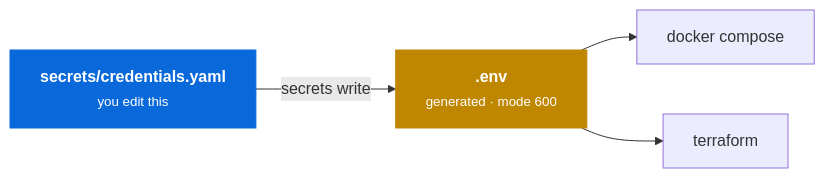
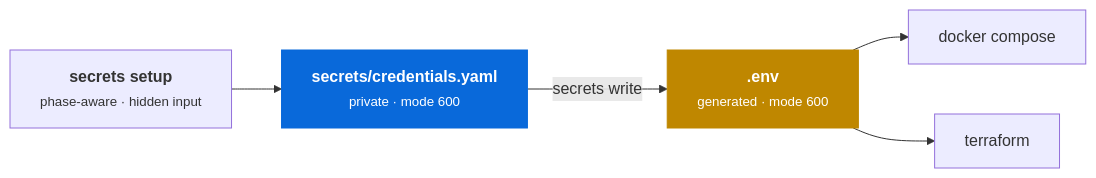
The diagram in docs/credentials.md (litkhai/llmops-in-a-box), drawn with Mermaid before and after one commit. The commit also changed other lines of this file and 7 other files, not shown here.

Commit message:
Add phase-aware secret setup

````diff
--- a/docs/credentials.md
+++ b/docs/credentials.md
@@ -5,16 +5,18 @@
 ```mermaid
 flowchart LR
-    C["<b>secrets/credentials.yaml</b><br/><small>you edit this</small>"]
+    W["<b>secrets setup</b><br/><small>phase-aware · hidden input</small>"]
+    C["<b>secrets/credentials.yaml</b><br/><small>private · mode 600</small>"]
     E["<b>.env</b><br/><small>generated · mode 600</small>"]
     D["docker compose"]
     T["terraform"]
 
+    W --> C
     C -->|"secrets write"| E
     E --> D
     E --> T
 
     classDef src fill:#0969da,stroke:#0969da,color:#fff
     classDef gen fill:#bf8700,stroke:#bf8700,color:#fff
     class C src
     class E gen
 ```
````
